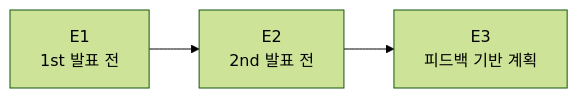
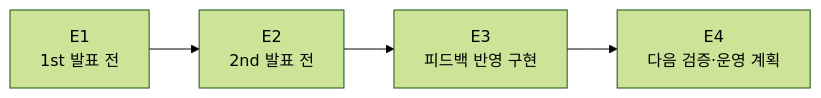
The sixth of 15 diagrams in README.md (knu-2026-summer-main-enhancement/finance-doc-agent), drawn with Mermaid (forest theme) before and after one commit. The commit also changed other lines of this file, not shown here.

Commit message:
docs: align roadmap with E3 and E4

````diff
--- a/README.md
+++ b/README.md
@@ -152,4 +153,4 @@
 ```mermaid
 flowchart LR
-    E1[E1<br/>1st 발표 전] --> E2[E2<br/>2nd 발표 전] --> E3[E3<br/>피드백 기반 계획]
+    E1[E1<br/>1st 발표 전] --> E2[E2<br/>2nd 발표 전] --> E3[E3<br/>피드백 반영 구현] --> E4[E4<br/>다음 검증·운영 계획]
 ```
````
